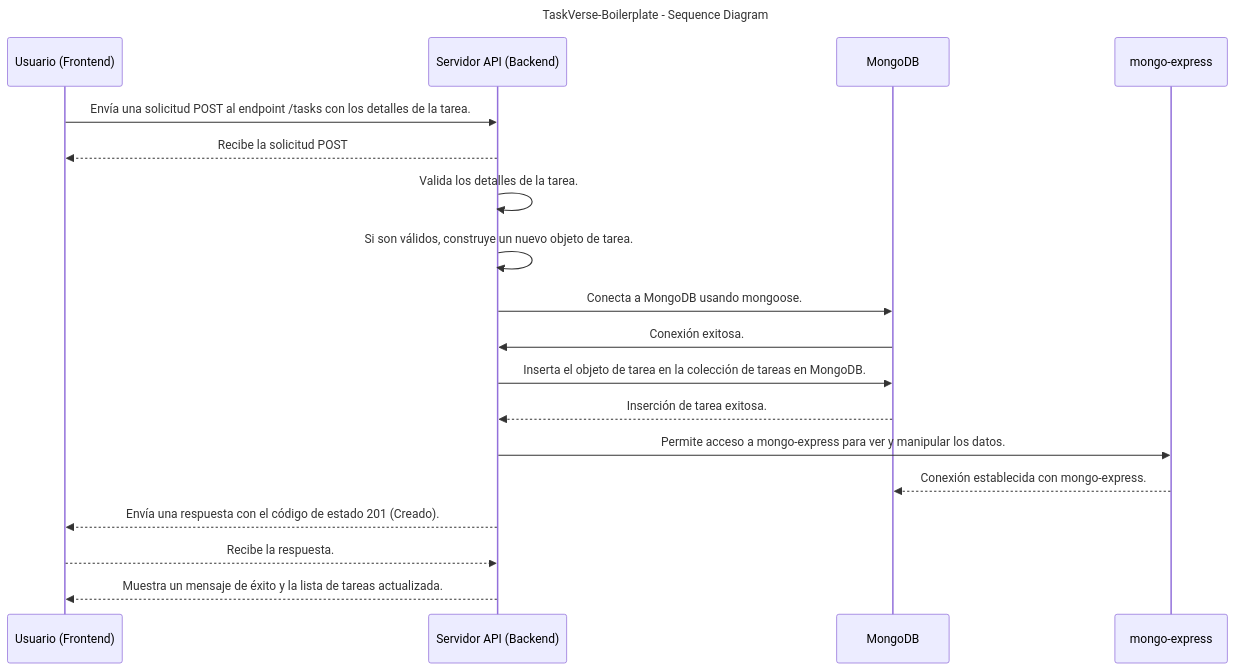
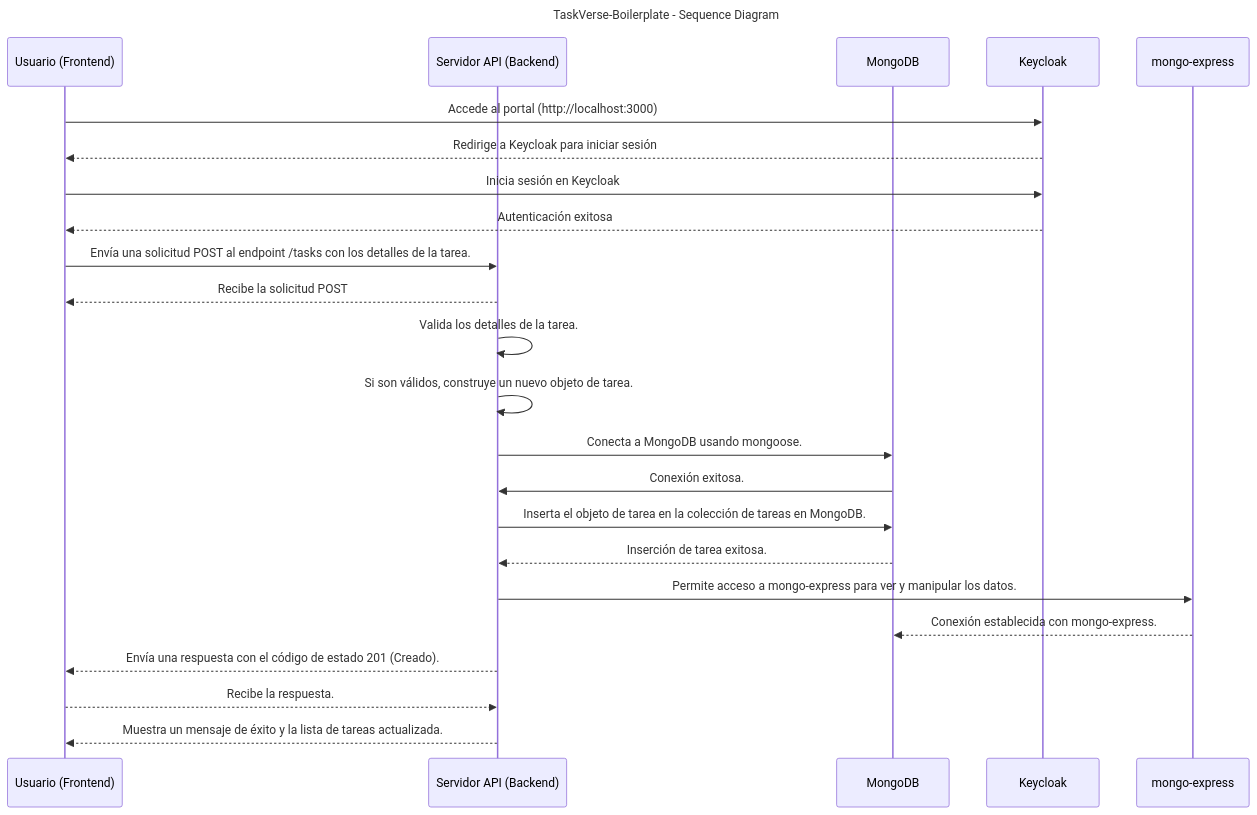
The diagram in README.md (clvsick/TaskVerse-Boilerplate), drawn with Mermaid before and after one commit. The commit also changed other lines of this file, not shown here.

Commit message:
:wrench: Update

````diff
--- a/README.md
+++ b/README.md
@@ -28,27 +29,34 @@
 ```mermaid
 sequenceDiagram
     title TaskVerse-Boilerplate - Sequence Diagram
 
     participant Usuario as Usuario (Frontend)
     participant API as Servidor API (Backend)
     participant MongoDB as MongoDB
+    participant Keycloak as Keycloak
     participant MongoExpress as mongo-express
+
+    Usuario ->> Keycloak: Accede al portal (http://localhost:3000)
+    Keycloak -->> Usuario: Redirige a Keycloak para iniciar sesión
+
+    Usuario ->> Keycloak: Inicia sesión en Keycloak
+    Keycloak -->> Usuario: Autenticación exitosa
 
     Usuario ->> API: Envía una solicitud POST al endpoint /tasks con los detalles de la tarea.
     API -->> Usuario: Recibe la solicitud POST
 
     API ->> API: Valida los detalles de la tarea.
     API ->> API: Si son válidos, construye un nuevo objeto de tarea.
     API ->> MongoDB: Conecta a MongoDB usando mongoose.
     MongoDB ->> API: Conexión exitosa.
     API ->> MongoDB: Inserta el objeto de tarea en la colección de tareas en MongoDB.
     MongoDB -->> API: Inserción de tarea exitosa.
 
     API ->> MongoExpress: Permite acceso a mongo-express para ver y manipular los datos.
     MongoExpress -->> MongoDB: Conexión establecida con mongo-express.
 
     API -->> Usuario: Envía una respuesta con el código de estado 201 (Creado).
 
     Usuario -->> API: Recibe la respuesta.
     API -->> Usuario: Muestra un mensaje de éxito y la lista de tareas actualizada.
 ```
````
